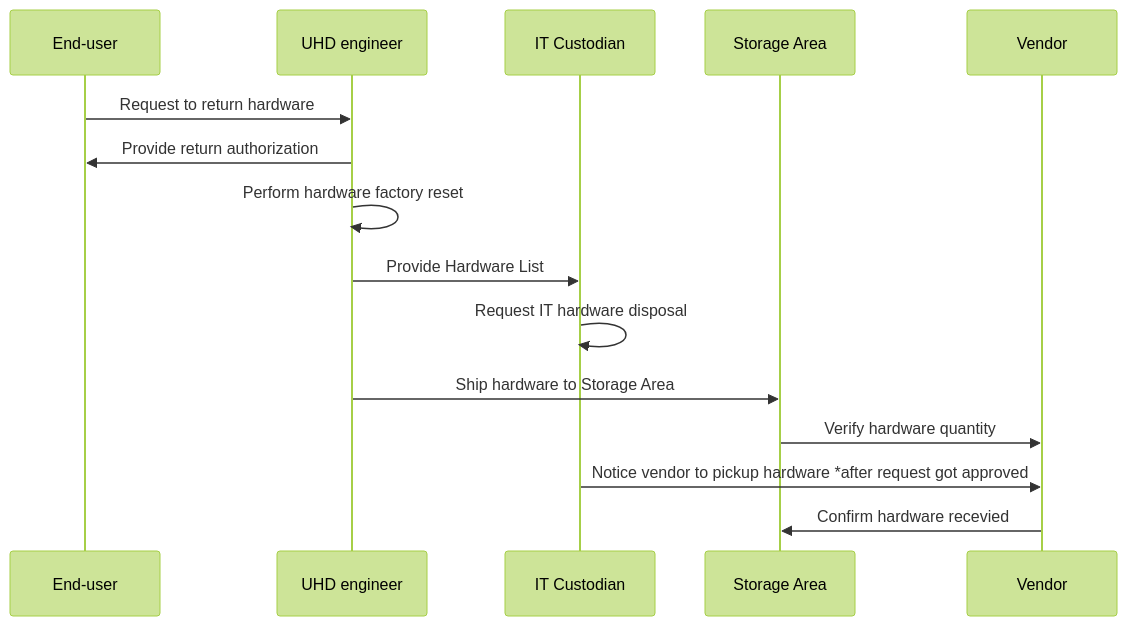
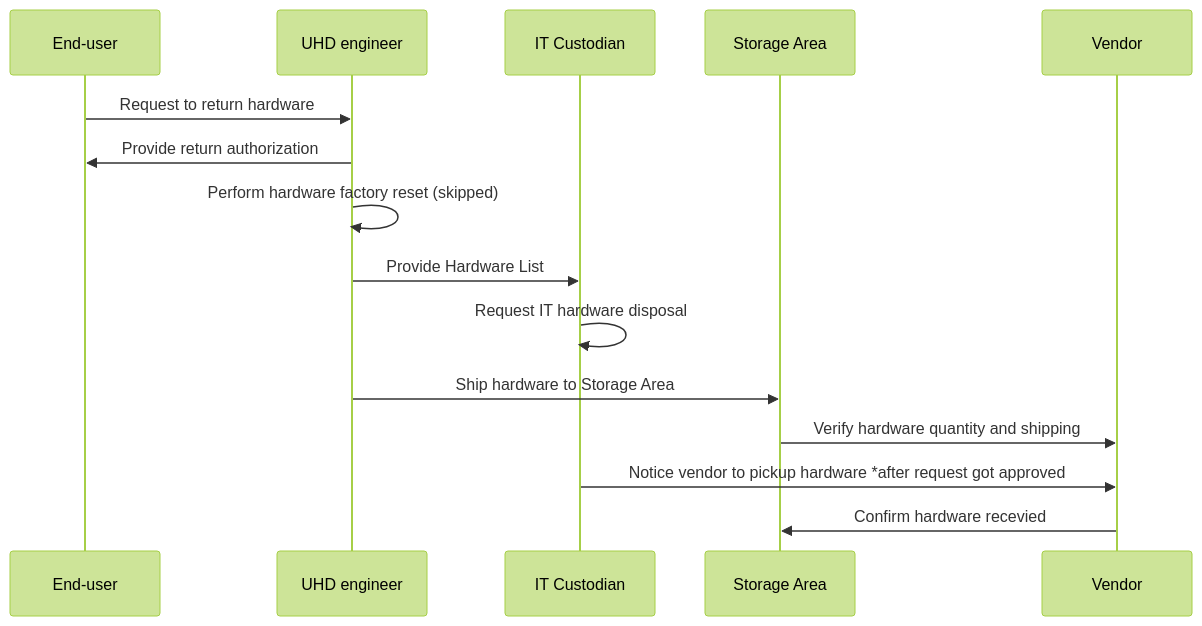
Before and after one commit to pluto133/-: the diagram in hardware return process.md, drawn with Mermaid (forest theme).

Commit message:
Update hardware return process.md

````diff
--- a/hardware return process.md
+++ b/hardware return process.md
@@ -1,22 +1,22 @@
 ``` mermaid
 sequenceDiagram
     participant C as End-user
     participant SA as UHD engineer
     participant ITC as IT Custodian
     participant W as Storage Area
     participant F as Vendor
 
     C->>SA: Request to return hardware
     SA->>C: Provide return authorization
-    SA->>SA: Perform hardware factory reset
+    SA->>SA: Perform hardware factory reset (skipped)
     SA->>ITC: Provide Hardware List
     ITC->>ITC: Request IT hardware disposal
     SA->>W: Ship hardware to Storage Area
     #W->>SA: Receive hardware and check condition
-    W->>F: Verify hardware quantity
+    W->>F: Verify hardware quantity and shipping
     ITC->>F: Notice vendor to pickup hardware *after request got approved
     F->>W: Confirm hardware recevied
     # SA->>C: Confirm return and process refund
     # C->>SA: Acknowledge refund receipt
 
 ```
````
